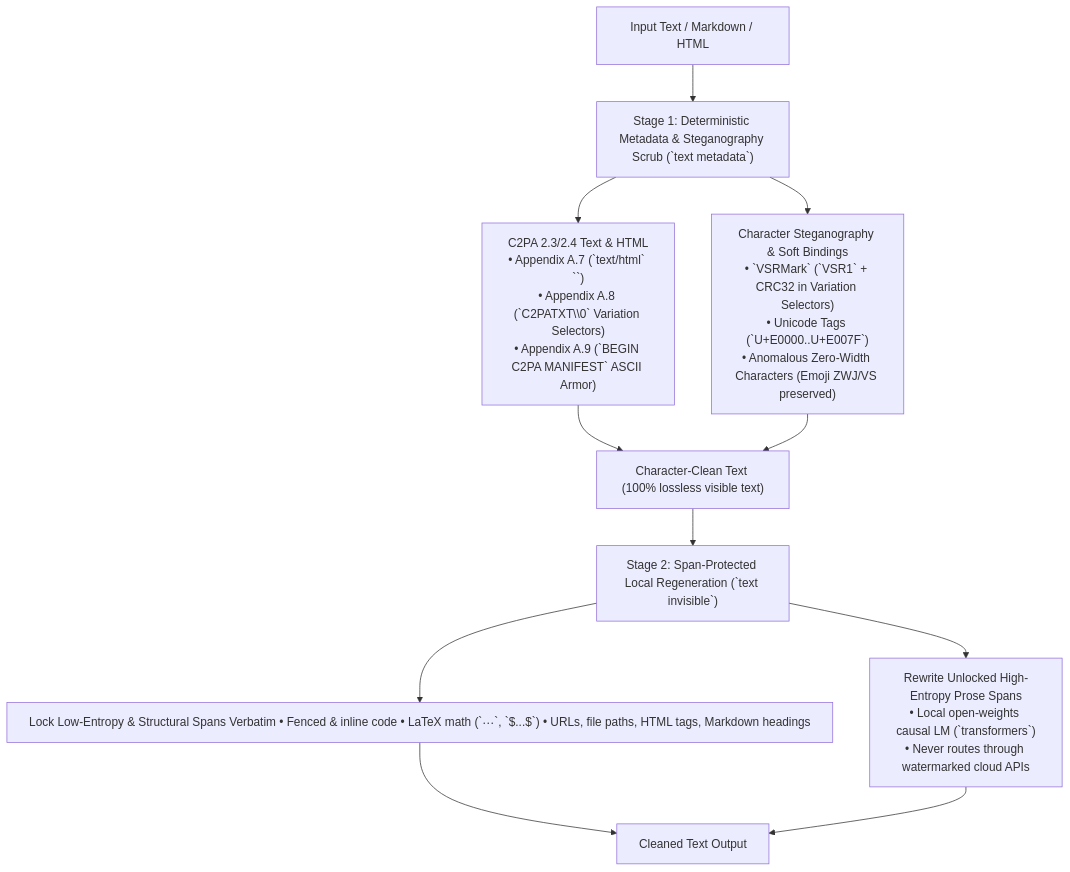
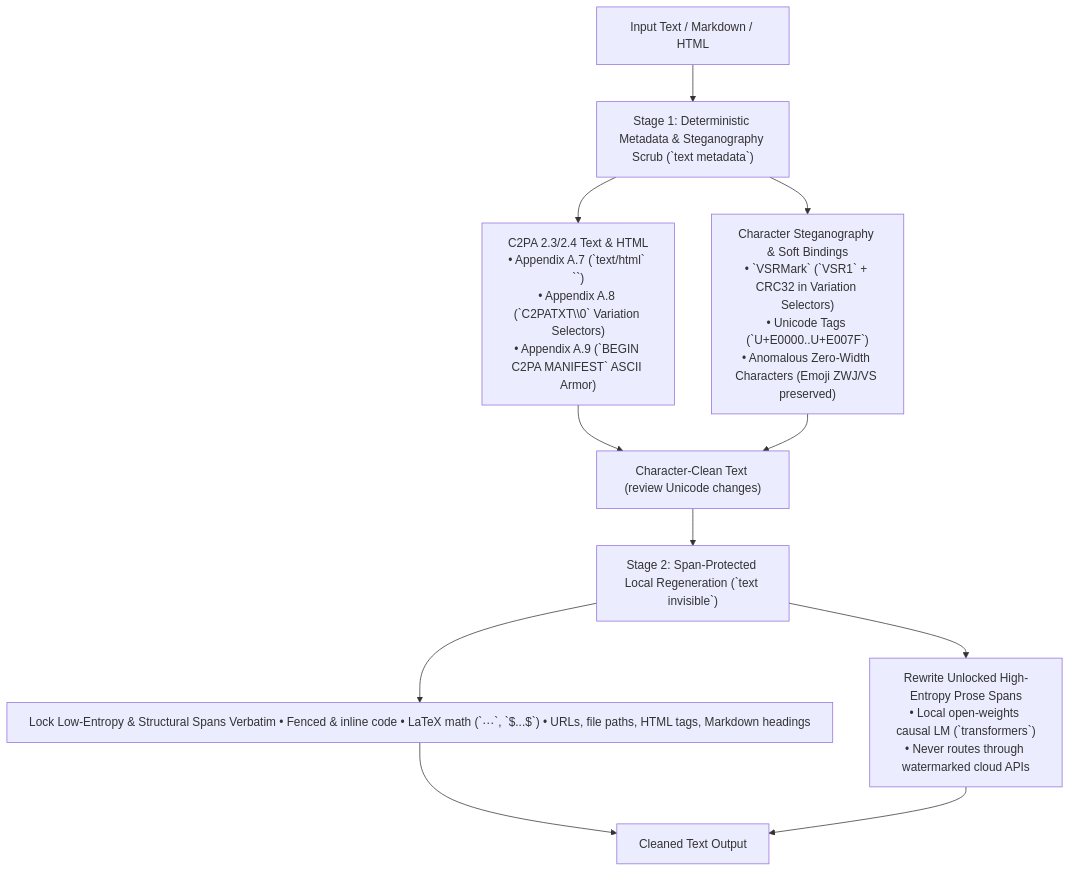
One commit to wiltodelta/remove-ai-watermarks changed the diagram in docs/text-watermark-research.md. Above: the diagram before and after it, drawn with Mermaid. The commit also changed other lines of this file and 192 other files, not shown here.

````diff
--- a/docs/text-watermark-research.md
+++ b/docs/text-watermark-research.md
@@ -12,13 +18,13 @@
 ```mermaid
 flowchart TD
     Input["Input Text / Markdown / HTML"] --> Stage1["Stage 1: Deterministic Metadata & Steganography Scrub (`text metadata`)"]
     Stage1 --> C2PA["C2PA 2.3/2.4 Text & HTML<br/>• Appendix A.7 (`text/html` `<head>`)<br/>• Appendix A.8 (`C2PATXT\\0` Variation Selectors)<br/>• Appendix A.9 (`BEGIN C2PA MANIFEST` ASCII Armor)"]
     Stage1 --> Stego["Character Steganography & Soft Bindings<br/>• `VSRMark` (`VSR1` + CRC32 in Variation Selectors)<br/>• Unicode Tags (`U+E0000..U+E007F`)<br/>• Anomalous Zero-Width Characters (Emoji ZWJ/VS preserved)"]
-    C2PA --> CleanChars["Character-Clean Text (100% lossless visible text)"]
+    C2PA --> CleanChars["Character-Clean Text (review Unicode changes)"]
     Stego --> CleanChars
     CleanChars --> Stage2["Stage 2: Span-Protected Local Regeneration (`text invisible`)"]
     Stage2 --> LockSpans["Lock Low-Entropy & Structural Spans Verbatim<br/>• Fenced & inline code<br/>• LaTeX math (`$$...$$`, `$...$`)<br/>• URLs, file paths, HTML tags, Markdown headings"]
     Stage2 --> RegenProse["Rewrite Unlocked High-Entropy Prose Spans<br/>• Local open-weights causal LM (`transformers`)<br/>• Never routes through watermarked cloud APIs"]
     LockSpans --> Output["Cleaned Text Output"]
     RegenProse --> Output
 ```
````
